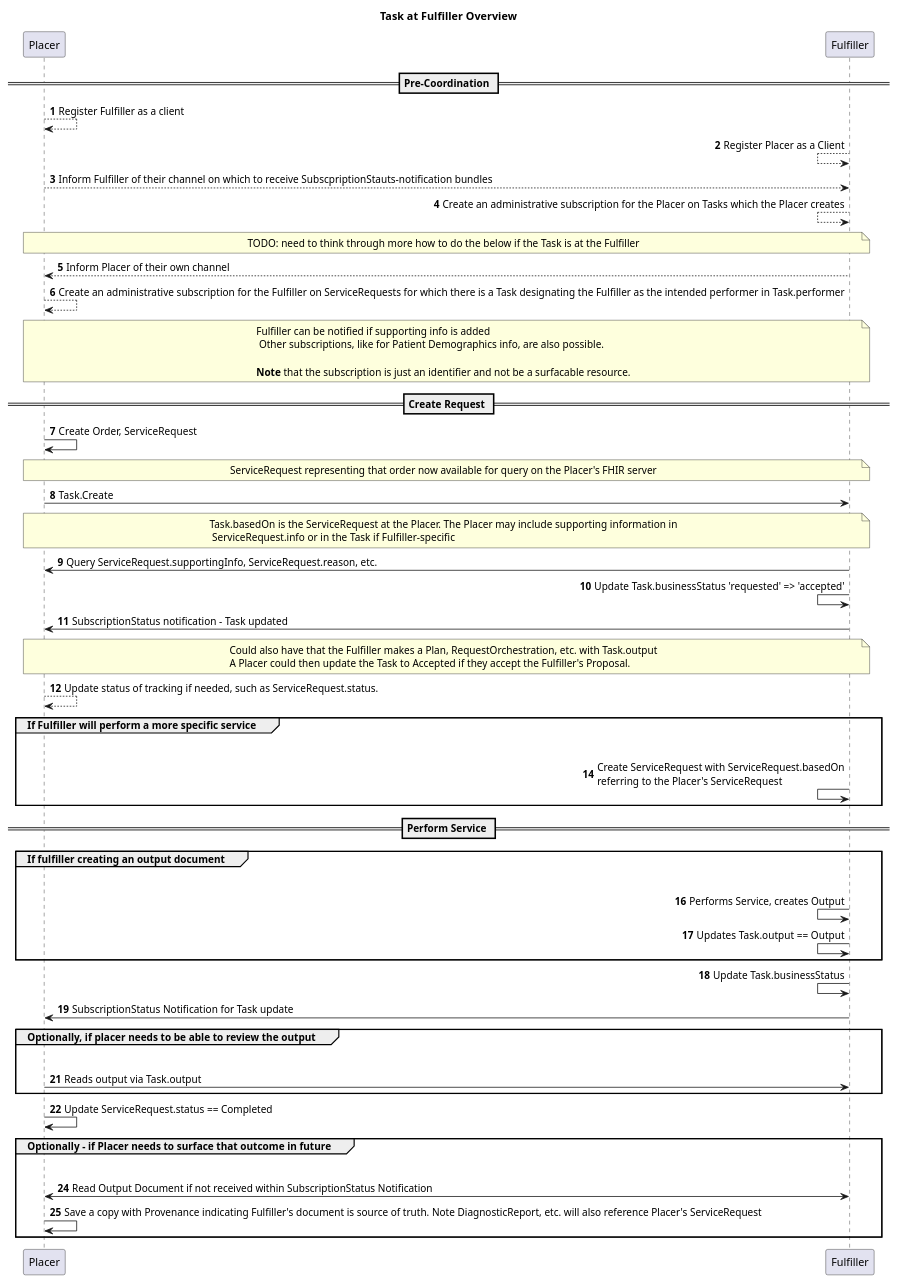
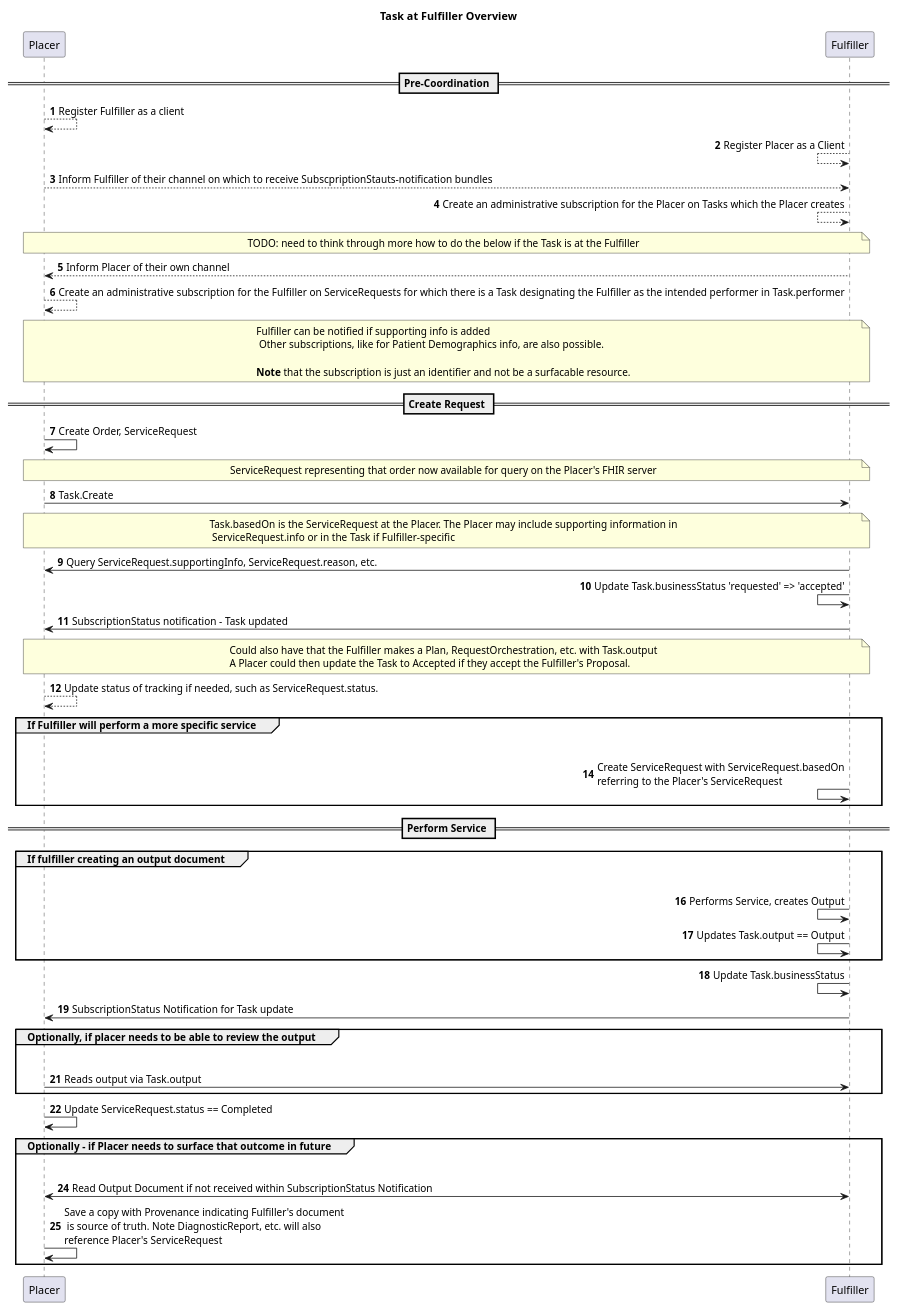
One commit to brianswinkels/fhir-cow-ig changed the diagram in input/images-source/subscriptions-general-example-task-at-fulfiller.plantuml. Above: the diagram before and after it, drawn with PlantUML.

```diff
--- a/input/images-source/subscriptions-general-example-task-at-fulfiller.plantuml
+++ b/input/images-source/subscriptions-general-example-task-at-fulfiller.plantuml
@@ -1,73 +1,73 @@
 @startuml
 title Task at Fulfiller Overview
 
 autonumber
 
 == Pre-Coordination ==
 
 Placer --> Placer: Register Fulfiller as a client
 
 Fulfiller <-- Fulfiller: Register Placer as a Client
 
 Placer --> Fulfiller: Inform Fulfiller of their channel on which to receive SubscpriptionStauts-notification bundles
 
 Fulfiller <-- Fulfiller: Create an administrative subscription for the Placer on Tasks which the Placer creates 
 
 note over Placer, Fulfiller: TODO: need to think through more how to do the below if the Task is at the Fulfiller
 Fulfiller --> Placer: Inform Placer of their own channel
 
 Placer --> Placer: Create an administrative subscription for the Fulfiller on ServiceRequests for which there is a Task designating the Fulfiller as the intended performer in Task.performer
 
 note over Placer, Fulfiller: Fulfiller can be notified if supporting info is added\n Other subscriptions, like for Patient Demographics info, are also possible.\n\n**Note** that the subscription is just an identifier and not be a surfacable resource.
 
 
 == Create Request ==
 Placer -> Placer: Create Order, ServiceRequest
 
 note over Placer, Fulfiller: ServiceRequest representing that order now available for query on the Placer's FHIR server
 
 Placer -> Fulfiller: Task.Create
 
 note over Placer, Fulfiller: Task.basedOn is the ServiceRequest at the Placer. The Placer may include supporting information in\n ServiceRequest.info or in the Task if Fulfiller-specific
 
 Fulfiller -> Placer: Query ServiceRequest.supportingInfo, ServiceRequest.reason, etc.
 
 Fulfiller <- Fulfiller: Update Task.businessStatus 'requested' => 'accepted'
 
 Fulfiller -> Placer: SubscriptionStatus notification - Task updated
 
 note over Placer, Fulfiller: Could also have that the Fulfiller makes a Plan, RequestOrchestration, etc. with Task.output\nA Placer could then update the Task to Accepted if they accept the Fulfiller's Proposal.
 
 Placer --> Placer: Update status of tracking if needed, such as ServiceRequest.status. 
 
 group If Fulfiller will perform a more specific service
     Fulfiller -[hidden]> Placer:
     Fulfiller <- Fulfiller: Create ServiceRequest with ServiceRequest.basedOn\nreferring to the Placer's ServiceRequest
 end
 
 == Perform Service ==
 
 group If fulfiller creating an output document
     Fulfiller -[hidden]> Placer:
     Fulfiller <- Fulfiller: Performs Service, creates Output
     Fulfiller <- Fulfiller: Updates Task.output == Output
 end
 
 Fulfiller <- Fulfiller: Update Task.businessStatus
 
 Fulfiller -> Placer: SubscriptionStatus Notification for Task update
 
 group Optionally, if placer needs to be able to review the output
     Fulfiller -[hidden]> Placer:
     Placer -> Fulfiller: Reads output via Task.output
 end
 
 Placer -> Placer: Update ServiceRequest.status == Completed
 
 group Optionally - if Placer needs to surface that outcome in future
     Fulfiller -[hidden]> Placer:
     Placer <-> Fulfiller: Read Output Document if not received within SubscriptionStatus Notification
-    Placer -> Placer: Save a copy with Provenance indicating Fulfiller's document is source of truth. Note DiagnosticReport, etc. will also reference Placer's ServiceRequest
+    Placer -> Placer: Save a copy with Provenance indicating Fulfiller's document\n is source of truth. Note DiagnosticReport, etc. will also\nreference Placer's ServiceRequest
    
 end
 @enduml
```
